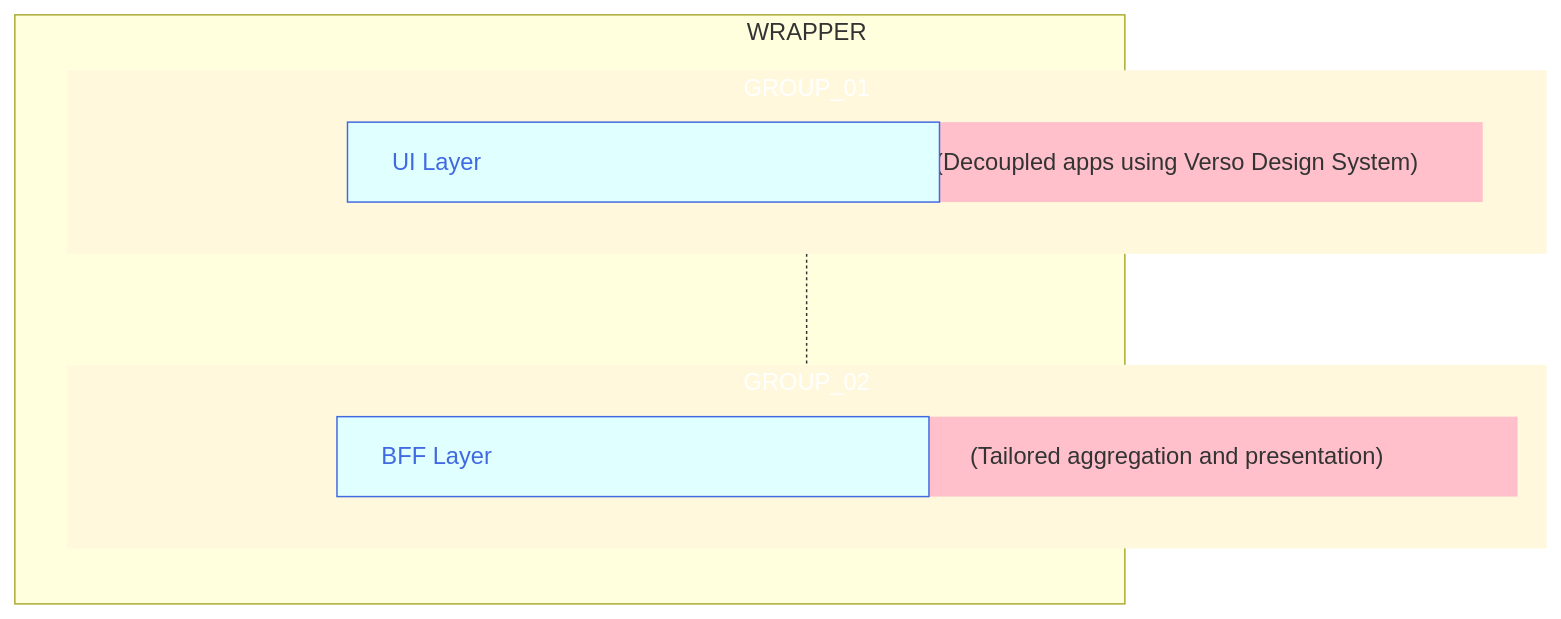
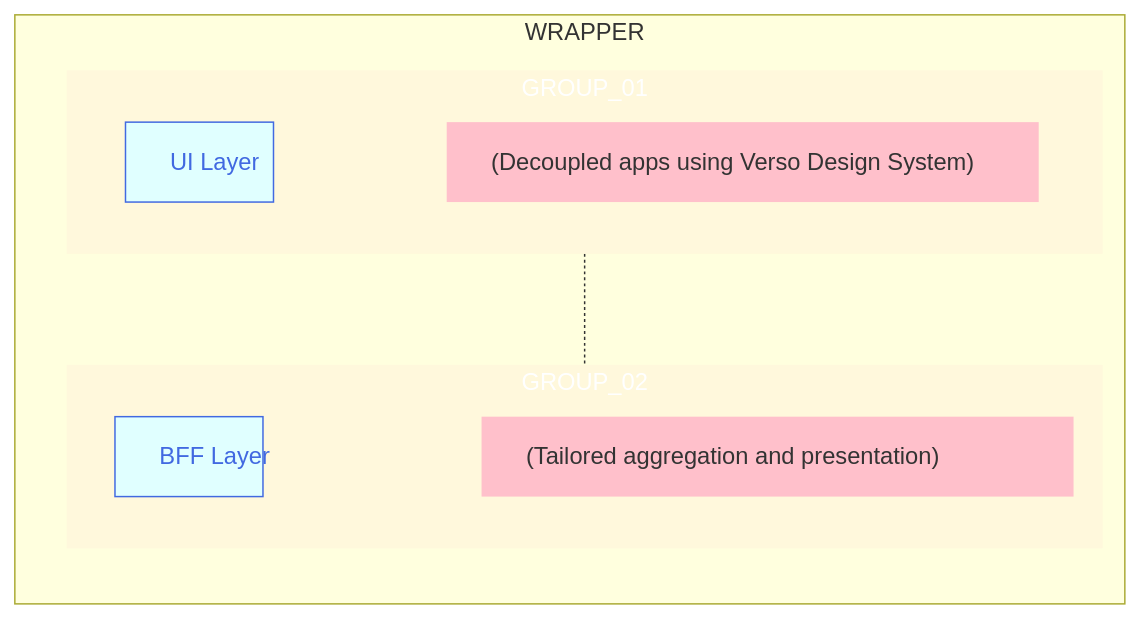
The diagram in buttons_mermaid_v5.md (joe-dorward/samples), drawn with Mermaid before and after one commit.

````diff
--- a/buttons_mermaid_v5.md
+++ b/buttons_mermaid_v5.md
@@ -3,47 +3,47 @@
 ```mermaid
   %%{
     init: {
       "flowchart": { "markdownAutoWrap":"false", "textWrap":"false", "textAlign":"left", "wrappingWidth": "100%" }
     }
   }%%
   flowchart TD
 
-  classDef Button fill:lightcyan, stroke:royalblue, color:royalblue, width:400px
+  classDef Button fill:lightcyan, stroke:royalblue, color:royalblue, width:100px
   classDef Note fill:pink, stroke-width:0px, width:400px
   %% ---------- ---------- ---------- ---------- ---------- ---------- ---------- ---------- ---------- ----------
 subgraph WRAPPER
   direction TD
 
   subgraph GROUP_01
     %%direction LR
 
     BUTTON_01_NOTE["(Decoupled apps using Verso Design System)"]:::Note
     BUTTON_01["UI Layer"]:::Button
     click BUTTON_01 "https://en.wikipedia.org/wiki/Main_Page" _blank
 
     BUTTON_01~~~
     BUTTON_01_NOTE
   end
   %% ---------- ---------- ---------- ---------- ---------- ---------- ---------- ---------- ---------- ----------
   subgraph GROUP_02
     %%direction LR
 
     BUTTON_02_NOTE["(Tailored aggregation and presentation)"]:::Note
     BUTTON_02["BFF Layer"]:::Button
     click BUTTON_02 "https://en.wikipedia.org/wiki/Main_Page" _blank
 
     BUTTON_02~~~
     BUTTON_02_NOTE
   end
 end
   %% ---------- ---------- ---------- ---------- ---------- ---------- ---------- ---------- ---------- ----------
 
 GROUP_01-.-GROUP_02
 
 %%BUTTON_01-->BUTTON_02
 
   style GROUP_01 fill:cornsilk, color:white, stroke-width:0px
   style GROUP_02 fill:cornsilk, color:white, stroke-width:0px
 
   style WRAPPER width:750px
 ```
````
